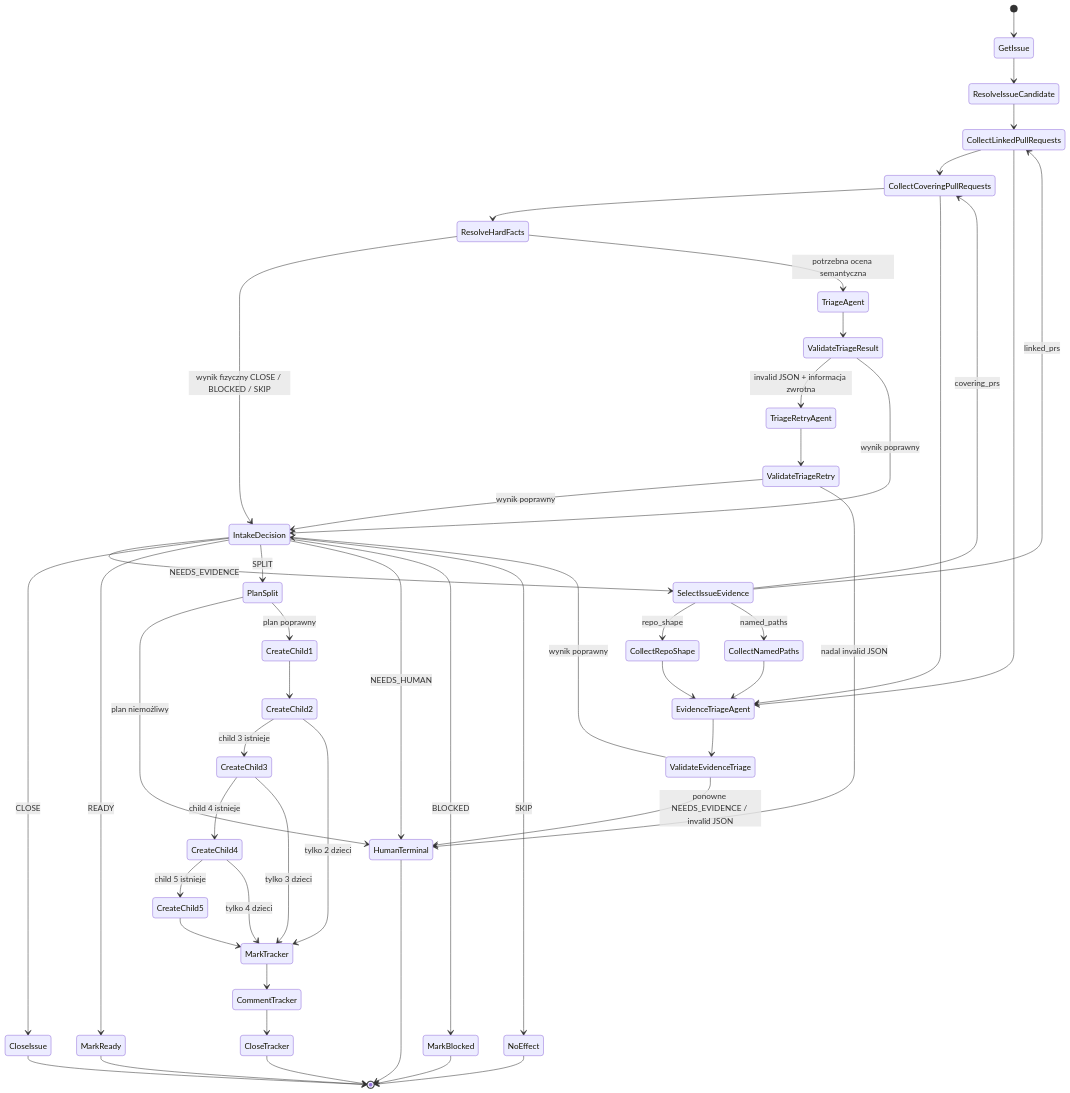
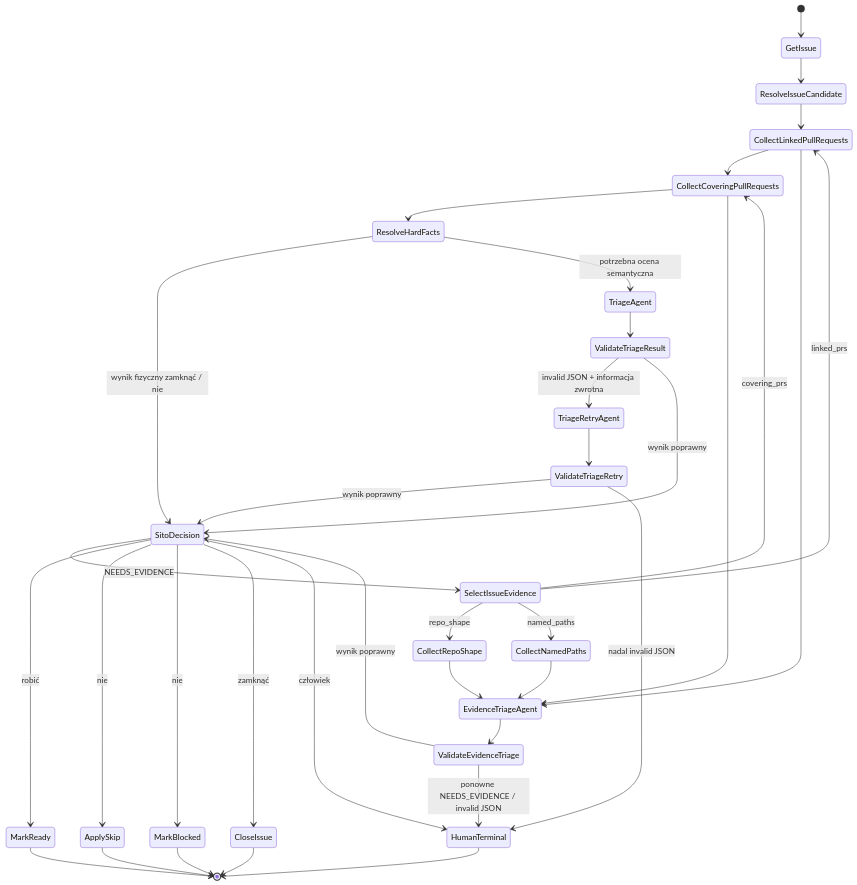
Diagram 36 of 40 in README.md (mikolaj92/lokay), drawn with Mermaid before and after one commit. The commit also changed other lines of this file and 15 other files, not shown here.

First line of the commit message:
issue_triage is a four-way sito, not implement

````diff
--- a/README.md
+++ b/README.md
@@ -994,52 +997,38 @@
 ```mermaid
 stateDiagram-v2
     [*] --> GetIssue
     GetIssue --> ResolveIssueCandidate
     ResolveIssueCandidate --> CollectLinkedPullRequests
     CollectLinkedPullRequests --> CollectCoveringPullRequests
     CollectCoveringPullRequests --> ResolveHardFacts
-    ResolveHardFacts --> IntakeDecision: wynik fizyczny CLOSE / BLOCKED / SKIP
+    ResolveHardFacts --> SitoDecision: wynik fizyczny zamknąć / nie
     ResolveHardFacts --> TriageAgent: potrzebna ocena semantyczna
     TriageAgent --> ValidateTriageResult
     ValidateTriageResult --> TriageRetryAgent: invalid JSON + informacja zwrotna
     TriageRetryAgent --> ValidateTriageRetry
-    ValidateTriageRetry --> IntakeDecision: wynik poprawny
+    ValidateTriageRetry --> SitoDecision: wynik poprawny
     ValidateTriageRetry --> HumanTerminal: nadal invalid JSON
-    ValidateTriageResult --> IntakeDecision: wynik poprawny
-    IntakeDecision --> SelectIssueEvidence: NEEDS_EVIDENCE
+    ValidateTriageResult --> SitoDecision: wynik poprawny
+    SitoDecision --> SelectIssueEvidence: NEEDS_EVIDENCE
     SelectIssueEvidence --> CollectRepoShape: repo_shape
     SelectIssueEvidence --> CollectNamedPaths: named_paths
     SelectIssueEvidence --> CollectLinkedPullRequests: linked_prs
     SelectIssueEvidence --> CollectCoveringPullRequests: covering_prs
     CollectRepoShape --> EvidenceTriageAgent
     CollectNamedPaths --> EvidenceTriageAgent
     CollectLinkedPullRequests --> EvidenceTriageAgent
     CollectCoveringPullRequests --> EvidenceTriageAgent
     EvidenceTriageAgent --> ValidateEvidenceTriage
-    ValidateEvidenceTriage --> IntakeDecision: wynik poprawny
+    ValidateEvidenceTriage --> SitoDecision: wynik poprawny
     ValidateEvidenceTriage --> HumanTerminal: ponowne NEEDS_EVIDENCE / invalid JSON
-    IntakeDecision --> CloseIssue: CLOSE
-    IntakeDecision --> MarkReady: READY
-    IntakeDecision --> PlanSplit: SPLIT
-    IntakeDecision --> HumanTerminal: NEEDS_HUMAN
-    IntakeDecision --> MarkBlocked: BLOCKED
-    IntakeDecision --> NoEffect: SKIP
-    PlanSplit --> HumanTerminal: plan niemożliwy
-    PlanSplit --> CreateChild1: plan poprawny
-    CreateChild1 --> CreateChild2
-    CreateChild2 --> CreateChild3: child 3 istnieje
-    CreateChild2 --> MarkTracker: tylko 2 dzieci
-    CreateChild3 --> CreateChild4: child 4 istnieje
-    CreateChild3 --> MarkTracker: tylko 3 dzieci
-    CreateChild4 --> CreateChild5: child 5 istnieje
-    CreateChild4 --> MarkTracker: tylko 4 dzieci
-    CreateChild5 --> MarkTracker
-    MarkTracker --> CommentTracker
-    CommentTracker --> CloseTracker
+    SitoDecision --> MarkReady: robić
+    SitoDecision --> ApplySkip: nie
+    SitoDecision --> MarkBlocked: nie
+    SitoDecision --> CloseIssue: zamknąć
+    SitoDecision --> HumanTerminal: człowiek
+    MarkReady --> [*]
+    ApplySkip --> [*]
+    MarkBlocked --> [*]
     CloseIssue --> [*]
-    MarkReady --> [*]
-    MarkBlocked --> [*]
-    CloseTracker --> [*]
-    NoEffect --> [*]
     HumanTerminal --> [*]
 ```
````
